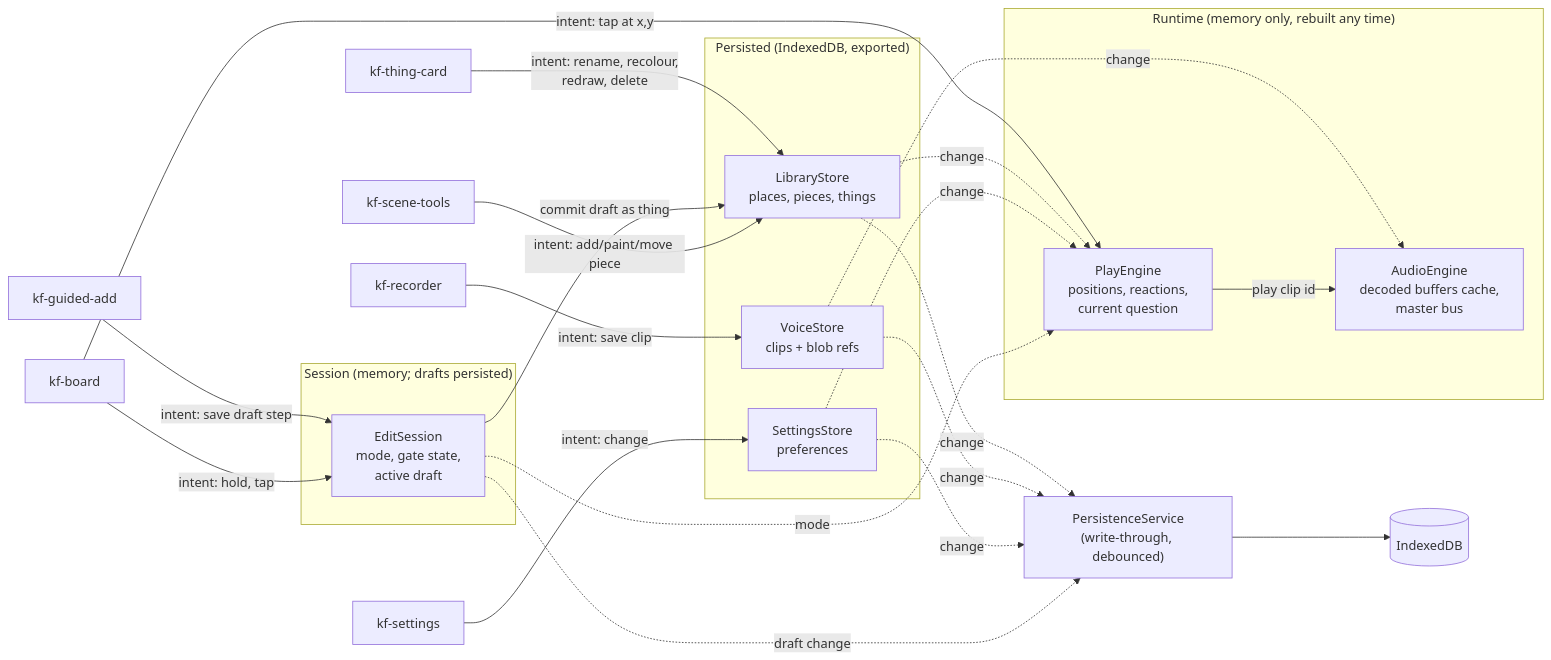
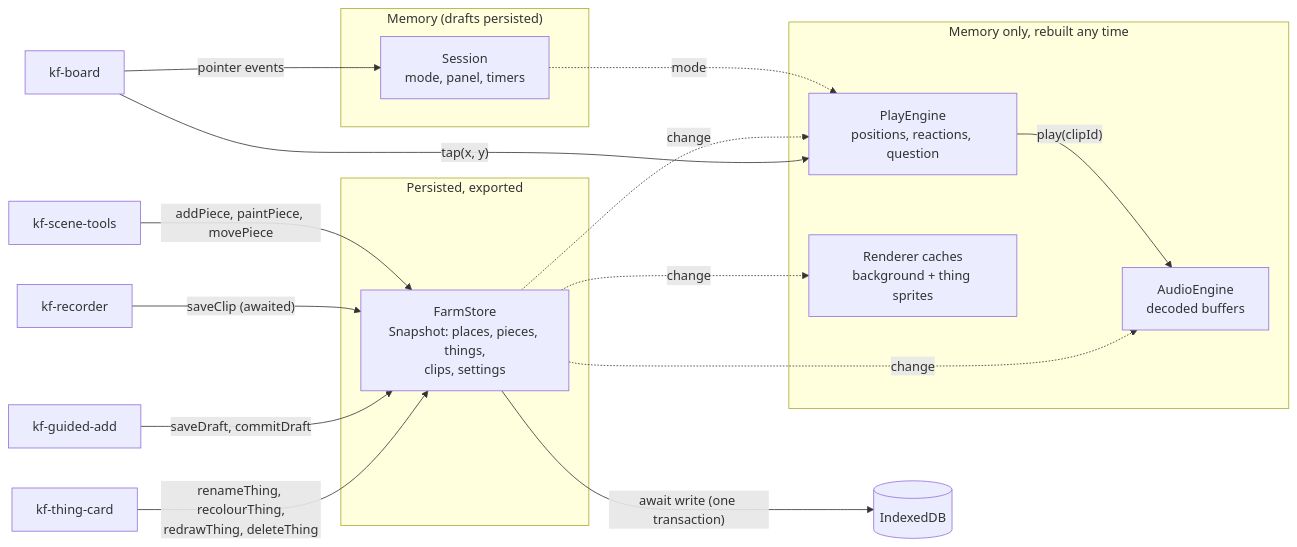
The third of 5 diagrams in design/ARCHITECTURE.md (baalimago/klaras-farm), drawn with Mermaid before and after one commit. The commit also changed other lines of this file and 1 other file, not shown here.

First line of the commit message:
Revise architecture after five adversarial reviews; add motion-as-data

````diff
--- a/design/ARCHITECTURE.md
+++ b/design/ARCHITECTURE.md
@@ -111,37 +92,28 @@
 ```mermaid
 flowchart LR
-  subgraph Persisted["Persisted (IndexedDB, exported)"]
-    LS["LibraryStore<br/>places, pieces, things"]
-    VS["VoiceStore<br/>clips + blob refs"]
-    SS["SettingsStore<br/>preferences"]
+  subgraph Persisted["Persisted, exported"]
+    FS["FarmStore<br/>Snapshot: places, pieces, things,<br/>clips, settings"]
   end
-  subgraph Session["Session (memory; drafts persisted)"]
-    ES["EditSession<br/>mode, gate state,<br/>active draft"]
+  subgraph SessionState["Memory (drafts persisted)"]
+    SE["Session<br/>mode, panel, timers"]
   end
-  subgraph Runtime["Runtime (memory only, rebuilt any time)"]
-    PE["PlayEngine<br/>positions, reactions,<br/>current question"]
-    AE["AudioEngine<br/>decoded buffers cache,<br/>master bus"]
+  subgraph Runtime["Memory only, rebuilt any time"]
+    PE["PlayEngine<br/>positions, reactions, question"]
+    AE["AudioEngine<br/>decoded buffers"]
+    RC["Renderer caches<br/>background + thing sprites"]
   end
-  Persist["PersistenceService<br/>(write-through, debounced)"]
-  IDB[("IndexedDB")]
+  REPO[("IndexedDB")]
 
-  card["kf-thing-card"] -- "intent: rename, recolour,<br/>redraw, delete" --> LS
-  guided["kf-guided-add"] -- "intent: save draft step" --> ES
-  ES -- "commit draft as thing" --> LS
-  rec["kf-recorder"] -- "intent: save clip" --> VS
-  tools["kf-scene-tools"] -- "intent: add/paint/move piece" --> LS
-  board["kf-board"] -- "intent: hold, tap" --> ES
-  board -- "intent: tap at x,y" --> PE
-  settings["kf-settings"] -- "intent: change" --> SS
-
-  LS -. "change" .-> PE
-  VS -. "change" .-> AE
-  SS -. "change" .-> PE
-  ES -. "mode" .-> PE
-  PE -- "play clip id" --> AE
-  LS -. "change" .-> Persist
-  VS -. "change" .-> Persist
-  SS -. "change" .-> Persist
-  ES -. "draft change" .-> Persist
-  Persist --> IDB
+  card["kf-thing-card"] -- "renameThing, recolourThing,<br/>redrawThing, deleteThing" --> FS
+  guided["kf-guided-add"] -- "saveDraft, commitDraft" --> FS
+  rec["kf-recorder"] -- "saveClip (awaited)" --> FS
+  tools["kf-scene-tools"] -- "addPiece, paintPiece, movePiece" --> FS
+  board["kf-board"] -- "pointer events" --> SE
+  board -- "tap(x, y)" --> PE
+  FS -- "await write (one transaction)" --> REPO
+  FS -. "change" .-> PE
+  FS -. "change" .-> AE
+  FS -. "change" .-> RC
+  SE -. "mode" .-> PE
+  PE -- "play(clipId)" --> AE
 ```
````
